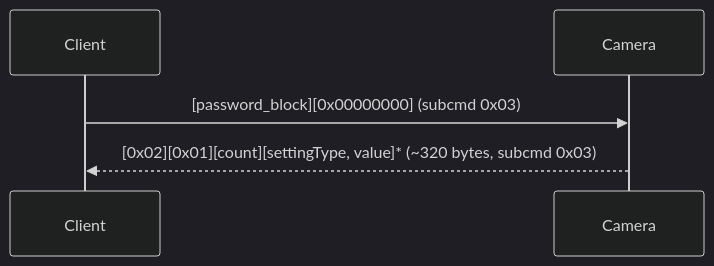
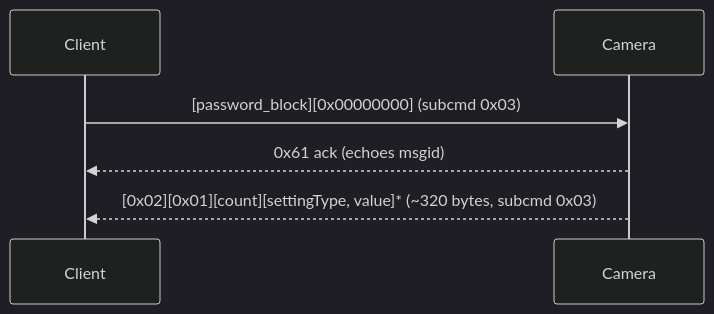
One commit to LouisBrunner/ha-gwell-ipcam changed the third of 6 diagrams in docs/PROTOCOL.md. Above: the diagram before and after it, drawn with Mermaid (dark theme). The commit also changed other lines of this file and 30 other files, not shown here.

````diff
--- a/docs/PROTOCOL.md
+++ b/docs/PROTOCOL.md
@@ -112,7 +148,8 @@
 ```mermaid
 sequenceDiagram
     participant C as Client
     participant Cam as Camera
     C->>Cam: [password_block][0x00000000] (subcmd 0x03)
+    Cam-->>C: 0x61 ack (echoes msgid)
     Cam-->>C: [0x02][0x01][count][settingType, value]* (~320 bytes, subcmd 0x03)
 ```
````
